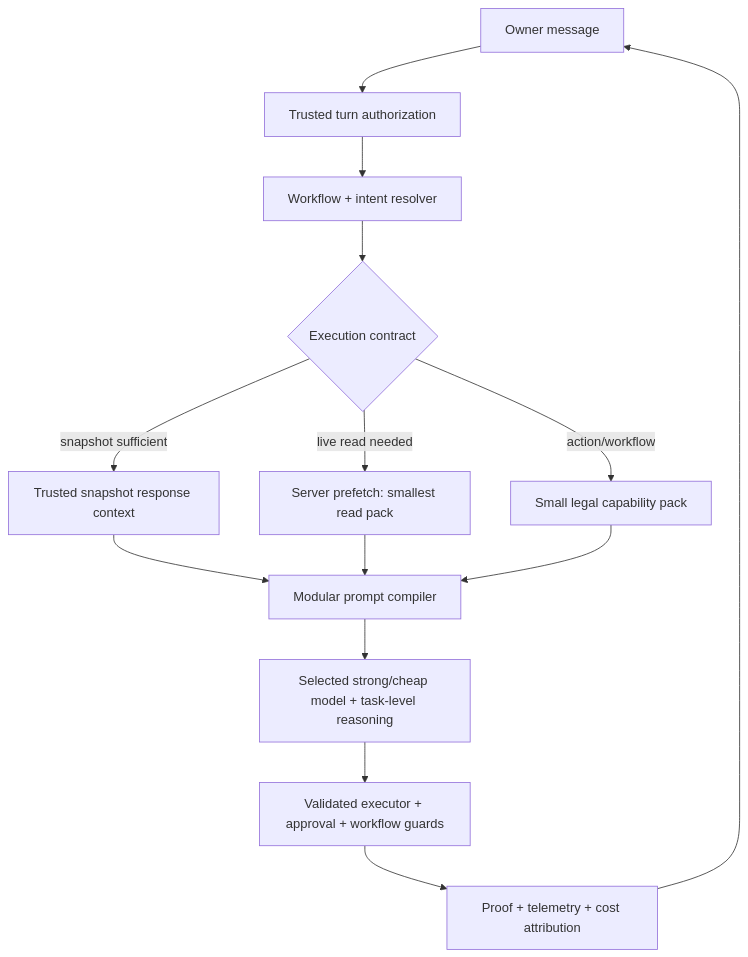
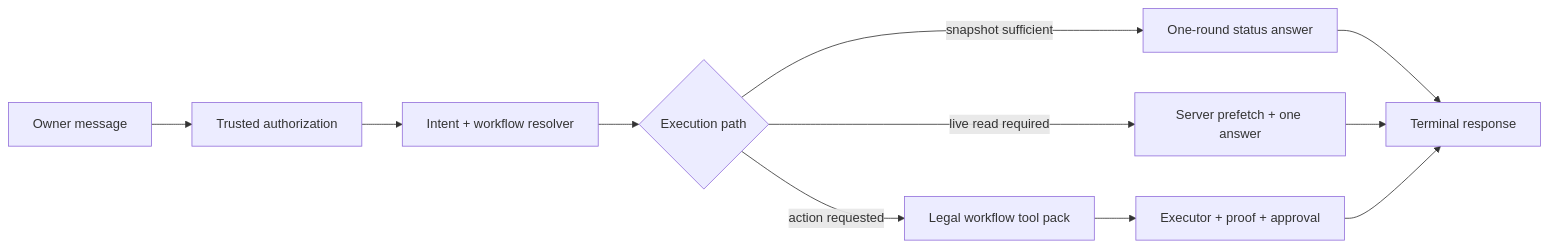
Before and after one commit to almatraderscom-byte/alma-erp: the diagram in docs/agent-capability-cost-optimization-roadmap.md, drawn with Mermaid. The commit also changed other lines of this file, not shown here.

Commit message:
docs(agent): align cost roadmap after Phase 7

````diff
--- a/docs/agent-capability-cost-optimization-roadmap.md
+++ b/docs/agent-capability-cost-optimization-roadmap.md
@@ -184,16 +167,13 @@
 ```mermaid
-flowchart TD
-    U["Owner message"] --> A["Trusted turn authorization"]
-    A --> R["Workflow + intent resolver"]
-    R --> C{"Execution contract"}
-    C -->|"snapshot sufficient"| S["Trusted snapshot response context"]
-    C -->|"live read needed"| P["Server prefetch: smallest read pack"]
-    C -->|"action/workflow"| K["Small legal capability pack"]
-    S --> PC["Modular prompt compiler"]
-    P --> PC
-    K --> PC
-    PC --> M["Selected strong/cheap model + task-level reasoning"]
-    M --> E["Validated executor + approval + workflow guards"]
-    E --> V["Proof + telemetry + cost attribution"]
-    V --> U
+flowchart LR
+    U["Owner message"] --> A["Trusted authorization"]
+    A --> R["Intent + workflow resolver"]
+    R --> P{"Execution path"}
+    P -->|"snapshot sufficient"| S["One-round status answer"]
+    P -->|"live read required"| F["Server prefetch + one answer"]
+    P -->|"action requested"| W["Legal workflow tool pack"]
+    S --> T["Terminal response"]
+    F --> T
+    W --> V["Executor + proof + approval"]
+    V --> T
 ```
````
